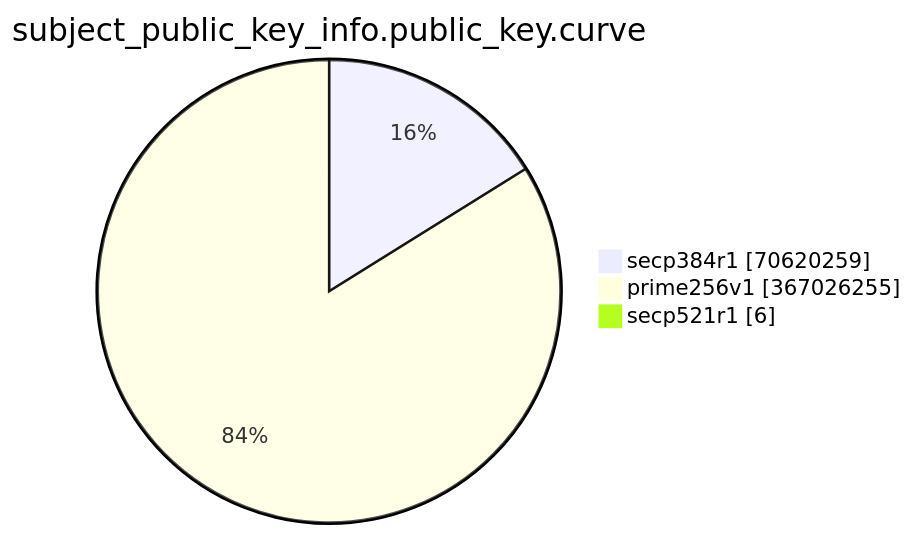
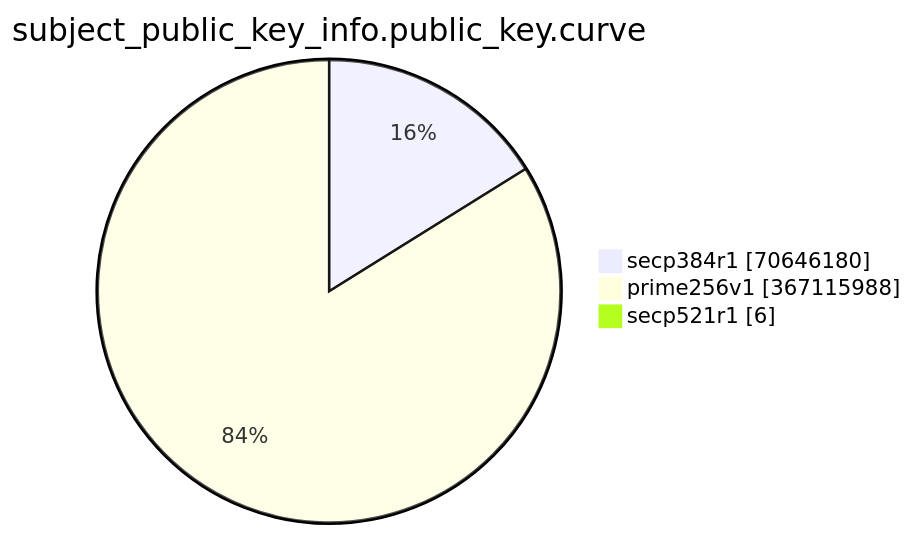
One commit to christiankrug/ctmonitor_visualization changed the eighth of 15 diagrams in TOTAL/README.md. Above: the diagram before and after it, drawn with Mermaid. The commit also changed other lines of this file, not shown here.

````diff
--- a/TOTAL/README.md
+++ b/TOTAL/README.md
@@ -3094,7 +3094,7 @@
 ```mermaid
 pie showData
 title subject_public_key_info.public_key.curve
-"secp384r1" :70620259
-"prime256v1" :367026255
+"secp384r1" :70646180
+"prime256v1" :367115988
 "secp521r1" :6
 ```
````
